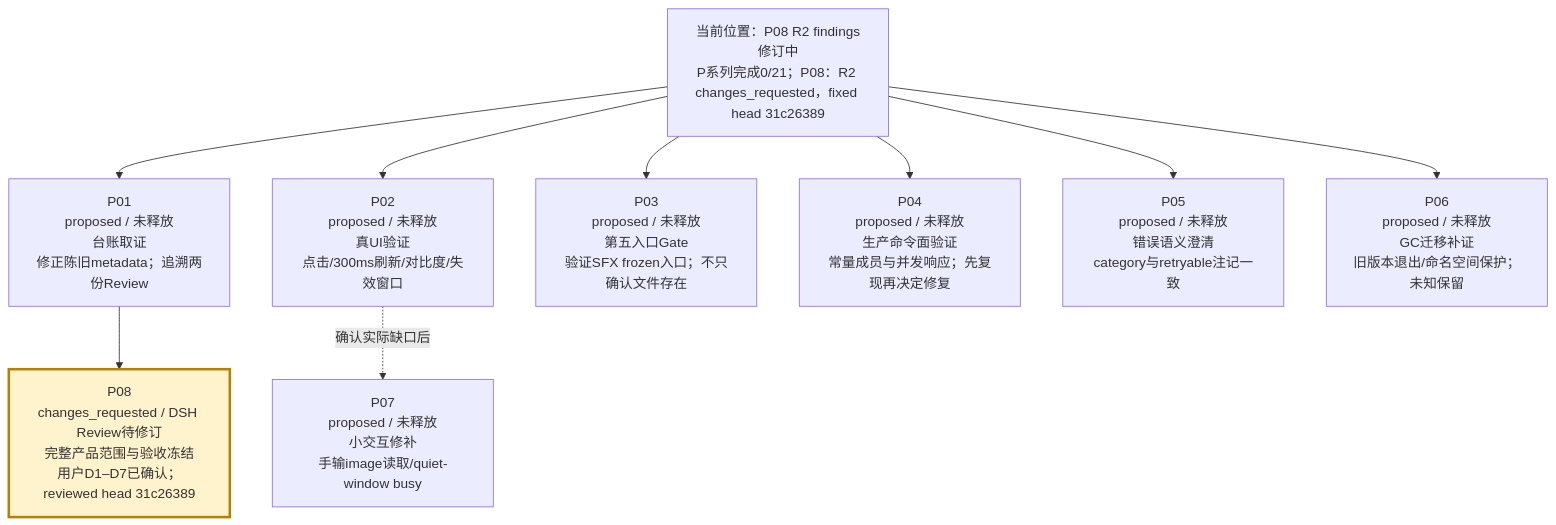
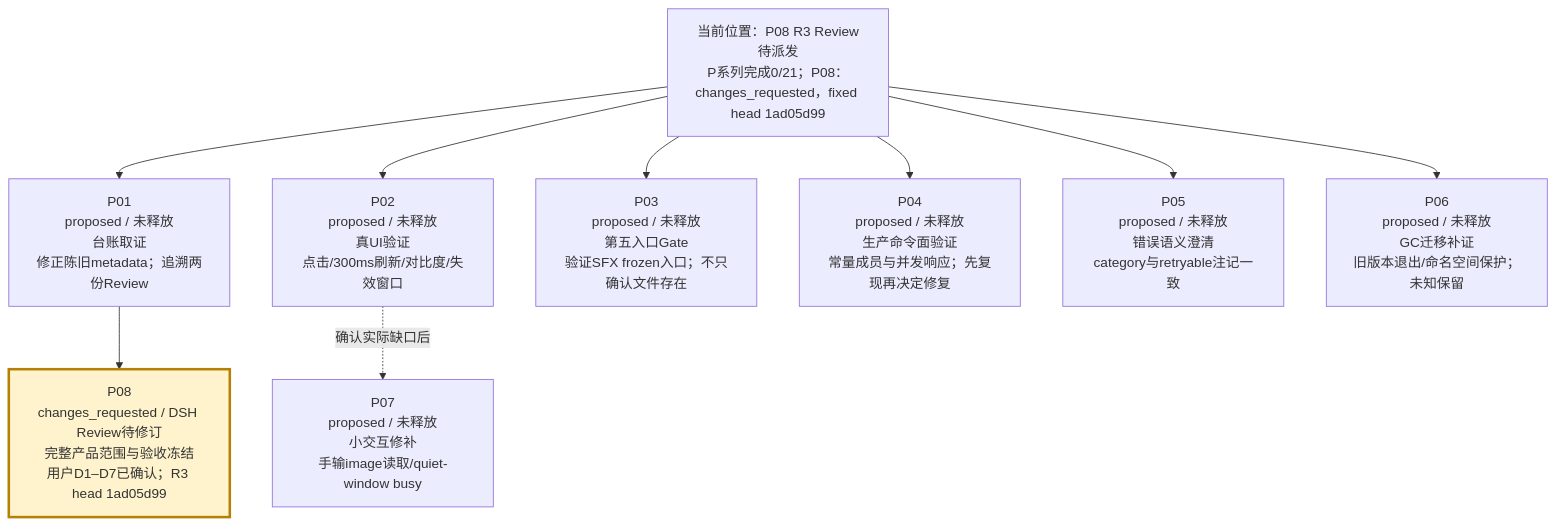
The second of 4 diagrams in verification/PROJECT-ROADMAP-20261008/ROADMAP.md (peakwheat-pixel/New-Manga), drawn with Mermaid before and after one commit. The commit also changed other lines of this file and 12 other files, not shown here.

````diff
--- a/verification/PROJECT-ROADMAP-20261008/ROADMAP.md
+++ b/verification/PROJECT-ROADMAP-20261008/ROADMAP.md
@@ -30,12 +30,12 @@
 ```mermaid
 flowchart TB
-  BASE["当前位置：P08 R2 findings修订中<br/>P系列完成0/21；P08：R2 changes_requested，fixed head 31c26389"] --> P01["P01<br/>proposed / 未释放<br/>台账取证<br/>修正陈旧metadata；追溯两份Review"]
+  BASE["当前位置：P08 R3 Review待派发<br/>P系列完成0/21；P08：changes_requested，fixed head 1ad05d99"] --> P01["P01<br/>proposed / 未释放<br/>台账取证<br/>修正陈旧metadata；追溯两份Review"]
   BASE --> P02["P02<br/>proposed / 未释放<br/>真UI验证<br/>点击/300ms刷新/对比度/失效窗口"]
   BASE --> P03["P03<br/>proposed / 未释放<br/>第五入口Gate<br/>验证SFX frozen入口；不只确认文件存在"]
   BASE --> P04["P04<br/>proposed / 未释放<br/>生产命令面验证<br/>常量成员与并发响应；先复现再决定修复"]
   BASE --> P05["P05<br/>proposed / 未释放<br/>错误语义澄清<br/>category与retryable注记一致"]
   BASE --> P06["P06<br/>proposed / 未释放<br/>GC迁移补证<br/>旧版本退出/命名空间保护；未知保留"]
   P02 -. "确认实际缺口后" .-> P07["P07<br/>proposed / 未释放<br/>小交互修补<br/>手输image读取/quiet-window busy"]
-  P01 --> P08["P08<br/>changes_requested / DSH Review待修订<br/>完整产品范围与验收冻结<br/>用户D1–D7已确认；reviewed head 31c26389"]
+  P01 --> P08["P08<br/>changes_requested / DSH Review待修订<br/>完整产品范围与验收冻结<br/>用户D1–D7已确认；R3 head 1ad05d99"]
   style P08 fill:#fff3cd,stroke:#b58105,stroke-width:3px
 ```
````
